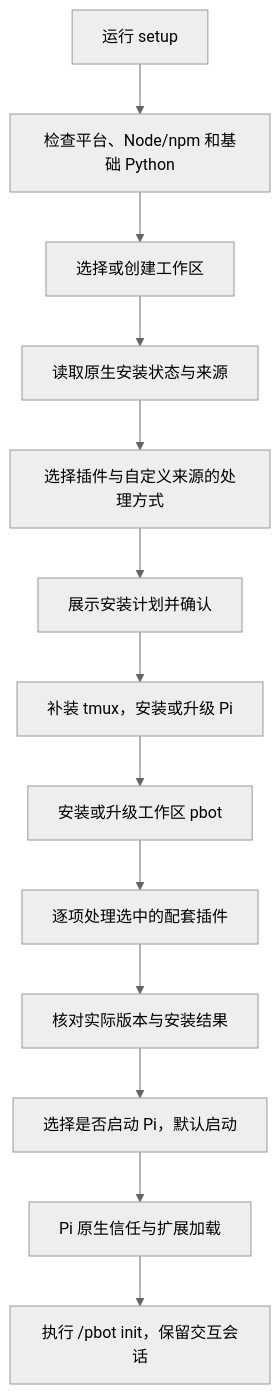
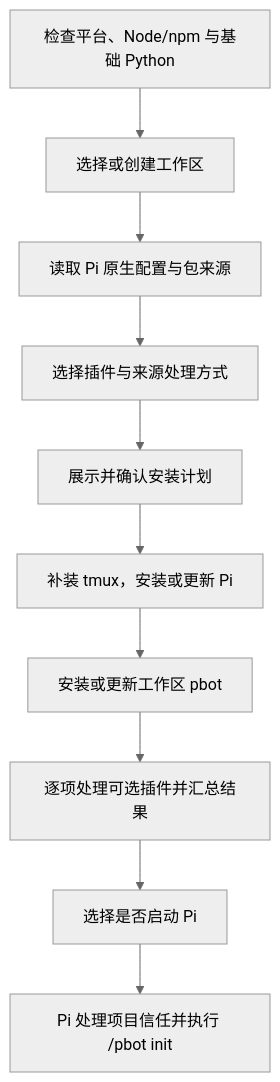
The diagram in docs/installation-design.md (realqiyan/personal-bot), drawn with Mermaid (neutral theme) before and after one commit. The commit also changed other lines of this file and 28 other files, not shown here.

````diff
--- a/docs/installation-design.md
+++ b/docs/installation-design.md
@@ -52,15 +7,12 @@
 ```mermaid
 flowchart TD
-    A[运行 setup] --> B[检查平台、Node/npm 和基础 Python]
-    B --> C[选择或创建工作区]
-    C --> D[读取原生安装状态与来源]
-    D --> E[选择插件与自定义来源的处理方式]
-    E --> F[展示安装计划并确认]
-    F --> G[补装 tmux，安装或升级 Pi]
-    G --> H[安装或升级工作区 pbot]
-    H --> I[逐项处理选中的配套插件]
-    I --> J[核对实际版本与安装结果]
-    J --> K[选择是否启动 Pi，默认启动]
-    K --> L[Pi 原生信任与扩展加载]
-    L --> M[执行 /pbot init，保留交互会话]
+    A[检查平台、Node/npm 与基础 Python] --> B[选择或创建工作区]
+    B --> C[读取 Pi 原生配置与包来源]
+    C --> D[选择插件与来源处理方式]
+    D --> E[展示并确认安装计划]
+    E --> F[补装 tmux，安装或更新 Pi]
+    F --> G[安装或更新工作区 pbot]
+    G --> H[逐项处理可选插件并汇总结果]
+    H --> I[选择是否启动 Pi]
+    I --> J[Pi 处理项目信任并执行 /pbot init]
 ```
````
